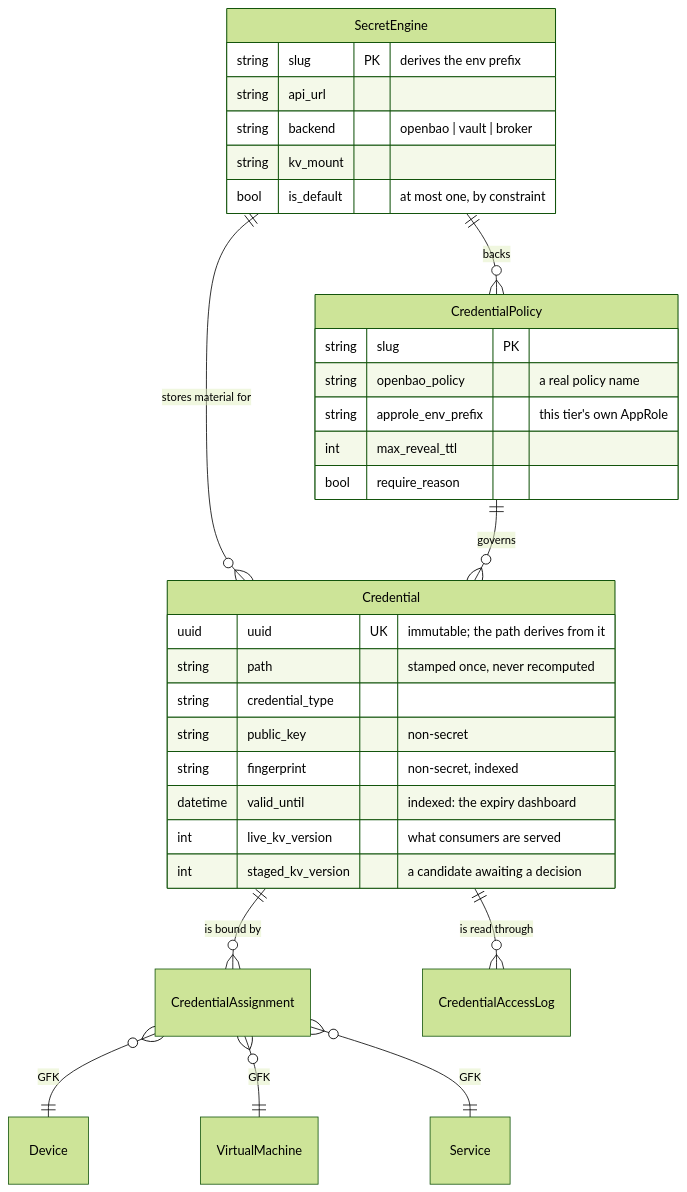
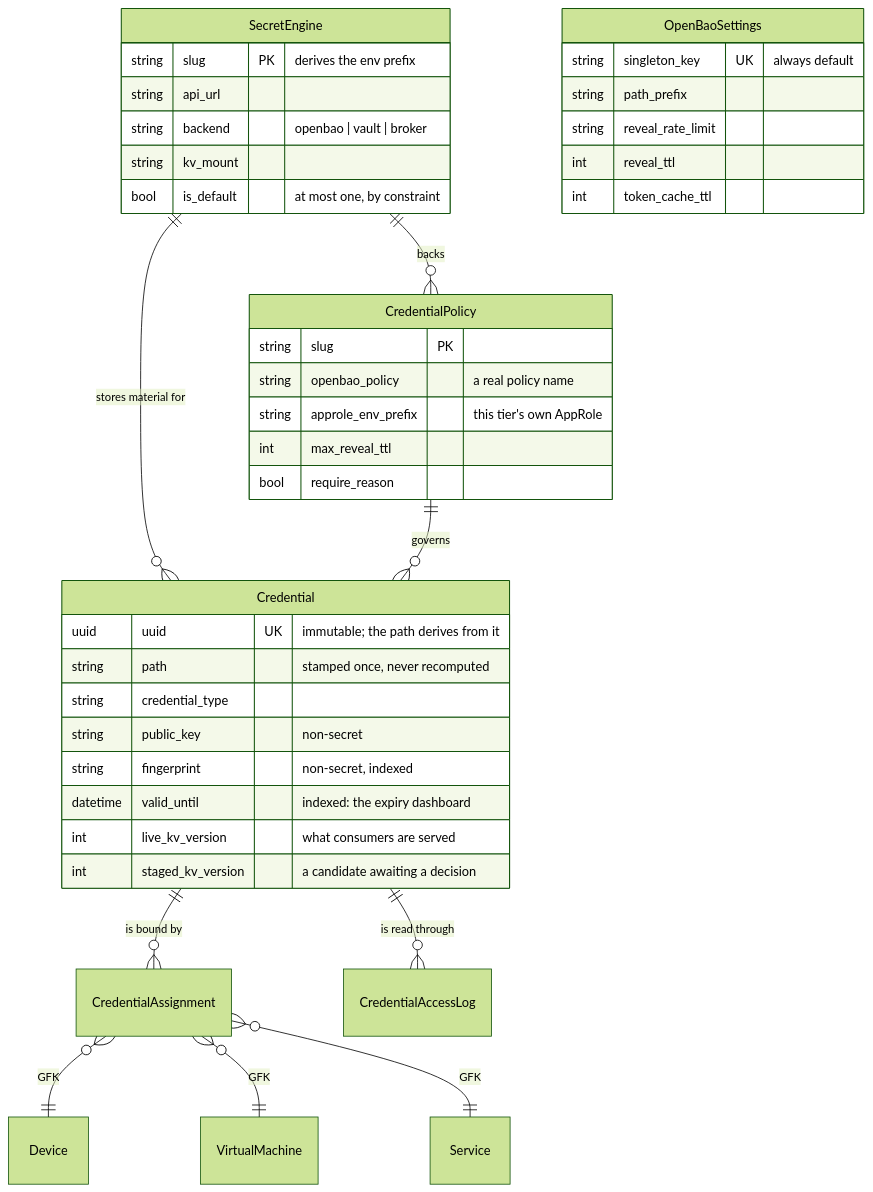
The diagram in docs/architecture/data-model.md (emersonfelipesp/netbox-openbao), drawn with Mermaid (forest theme) before and after one commit. The commit also changed other lines of this file and 29 other files, not shown here.

````diff
--- a/docs/architecture/data-model.md
+++ b/docs/architecture/data-model.md
@@ -5,36 +5,44 @@
 ```mermaid
 erDiagram
     SecretEngine ||--o{ CredentialPolicy : "backs"
     SecretEngine ||--o{ Credential : "stores material for"
     CredentialPolicy ||--o{ Credential : "governs"
     Credential ||--o{ CredentialAssignment : "is bound by"
     Credential ||--o{ CredentialAccessLog : "is read through"
     CredentialAssignment }o--|| Device : "GFK"
     CredentialAssignment }o--|| VirtualMachine : "GFK"
     CredentialAssignment }o--|| Service : "GFK"
+
+    OpenBaoSettings {
+        string singleton_key UK "always default"
+        string path_prefix
+        string reveal_rate_limit
+        int reveal_ttl
+        int token_cache_ttl
+    }
 
     SecretEngine {
         string slug PK "derives the env prefix"
         string api_url
         string backend "openbao | vault | broker"
         string kv_mount
         bool is_default "at most one, by constraint"
     }
     CredentialPolicy {
         string slug PK
         string openbao_policy "a real policy name"
         string approle_env_prefix "this tier's own AppRole"
         int max_reveal_ttl
         bool require_reason
     }
     Credential {
         uuid uuid UK "immutable; the path derives from it"
         string path "stamped once, never recomputed"
         string credential_type
         string public_key "non-secret"
         string fingerprint "non-secret, indexed"
         datetime valid_until "indexed: the expiry dashboard"
         int live_kv_version "what consumers are served"
         int staged_kv_version "a candidate awaiting a decision"
     }
 ```
````
